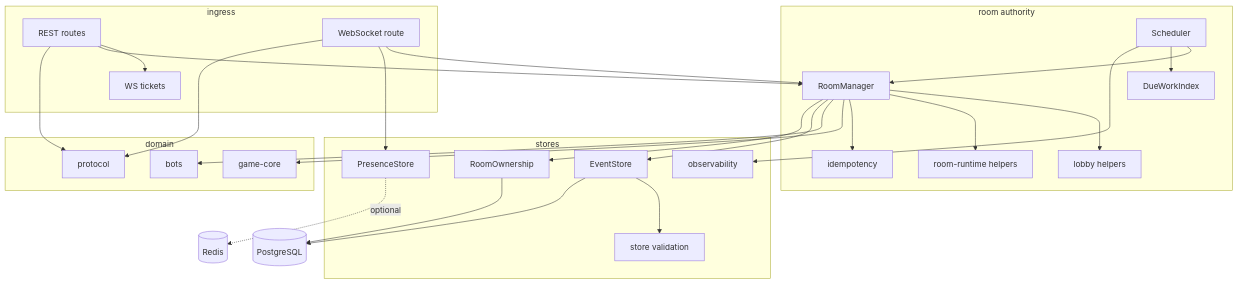
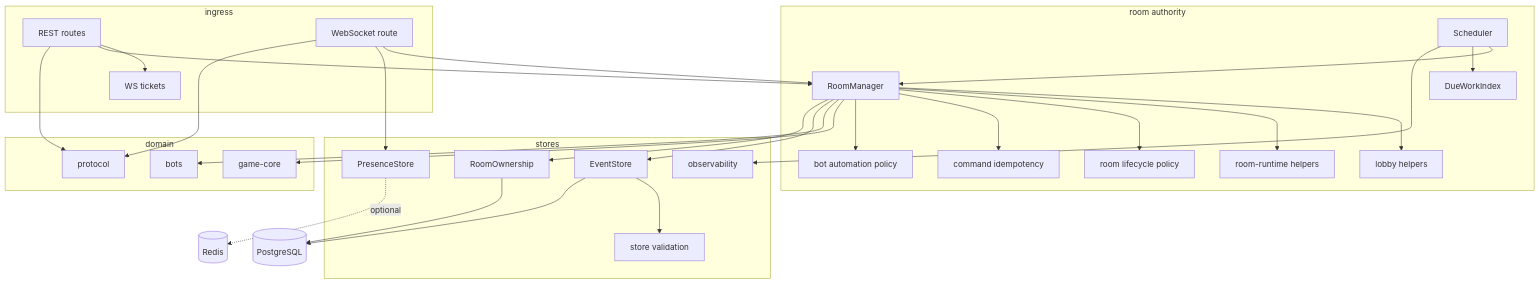
Before and after one commit to sahnsookyung/colonizt: the third of 10 diagrams in docs/architecture.md, drawn with Mermaid. The commit also changed other lines of this file and 126 other files, not shown here.

````diff
--- a/docs/architecture.md
+++ b/docs/architecture.md
@@ -135,57 +135,61 @@
 ```mermaid
 flowchart TB
   subgraph ingress["ingress"]
     rest["REST routes"]
     ws["WebSocket route"]
     tickets["WS tickets"]
   end
 
   subgraph authority["room authority"]
     manager["RoomManager"]
     lobby["lobby helpers"]
     runtime["room-runtime helpers"]
+    lifecycle["room lifecycle policy"]
+    idempotency["command idempotency"]
+    botAutomation["bot automation policy"]
     scheduler["Scheduler"]
     due["DueWorkIndex"]
-    security["idempotency"]
   end
 
   subgraph domainServer["domain"]
     core["game-core"]
     bots["bots"]
     protocol["protocol"]
   end
 
   subgraph stores["stores"]
     events["EventStore"]
     storeValidation["store validation"]
     presence["PresenceStore"]
     leases["RoomOwnership"]
     metrics["observability"]
   end
 
   postgres[("PostgreSQL")]
   redis[("Redis")]
 
   rest --> tickets
   rest --> manager
   ws --> manager
   ws --> presence
   rest --> protocol
   ws --> protocol
 
   manager --> lobby
   manager --> runtime
-  manager --> security
+  manager --> lifecycle
+  manager --> idempotency
+  manager --> botAutomation
   manager --> core
   manager --> bots
   manager --> events
   events --> storeValidation
   manager --> leases
   scheduler --> manager
   scheduler --> due
   scheduler --> metrics
 
   events --> postgres
   leases --> postgres
   presence -. optional .-> redis
 ```
````
